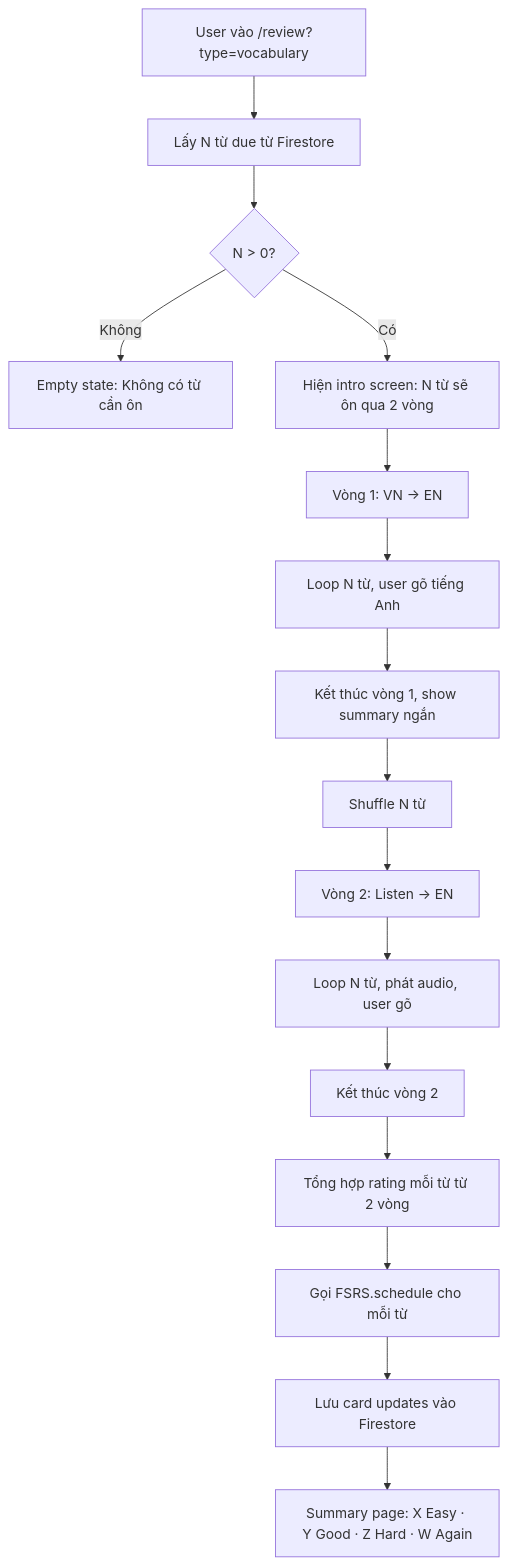
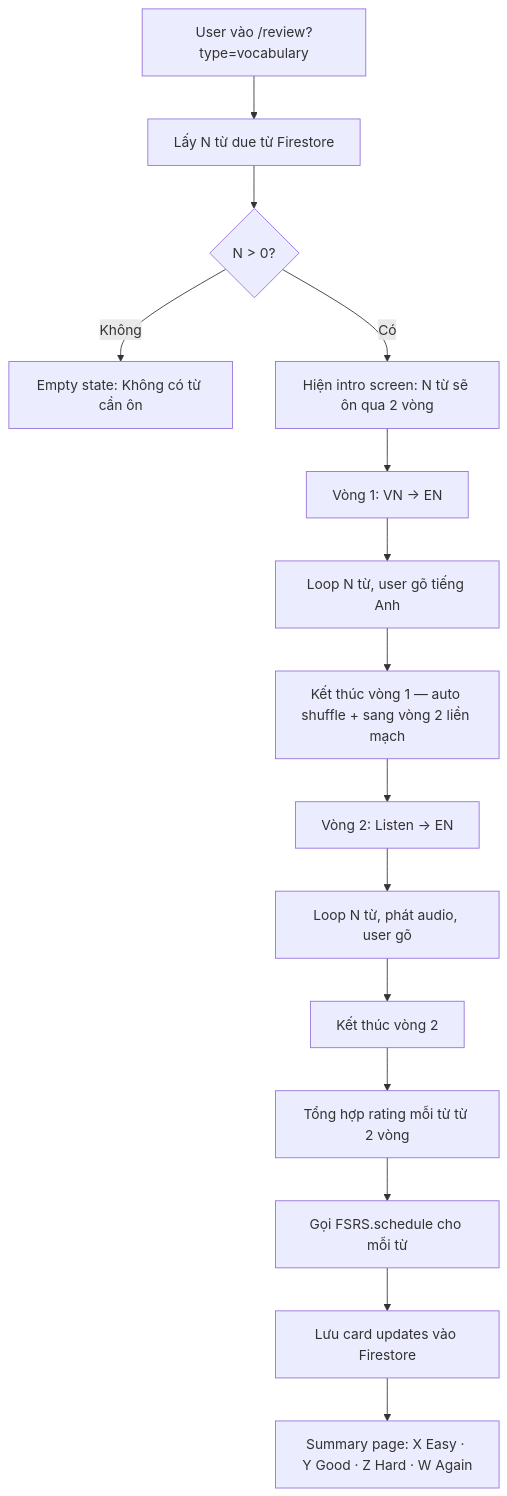
One commit to huyhuynh03/CSBU109_Final_project changed the diagram in plans/review-mode-design.md. Above: the diagram before and after it, drawn with Mermaid. The commit also changed other lines of this file and 3 other files, not shown here.

Commit message:
ux(review): chuyen thang vong 1 sang vong 2 khong qua man summary

````diff
--- a/plans/review-mode-design.md
+++ b/plans/review-mode-design.md
@@ -19,18 +19,17 @@
 ```mermaid
 flowchart TD
     A[User vào /review?type=vocabulary] --> B[Lấy N từ due từ Firestore]
     B --> C{N > 0?}
     C -->|Không| D[Empty state: Không có từ cần ôn]
     C -->|Có| E[Hiện intro screen: N từ sẽ ôn qua 2 vòng]
     E --> F[Vòng 1: VN → EN]
     F --> G[Loop N từ, user gõ tiếng Anh]
-    G --> H[Kết thúc vòng 1, show summary ngắn]
-    H --> I[Shuffle N từ]
-    I --> J[Vòng 2: Listen → EN]
+    G --> H[Kết thúc vòng 1 — auto shuffle + sang vòng 2 liền mạch]
+    H --> J[Vòng 2: Listen → EN]
     J --> K[Loop N từ, phát audio, user gõ]
     K --> L[Kết thúc vòng 2]
     L --> M[Tổng hợp rating mỗi từ từ 2 vòng]
     M --> N[Gọi FSRS.schedule cho mỗi từ]
     N --> O[Lưu card updates vào Firestore]
     O --> P[Summary page: X Easy · Y Good · Z Hard · W Again]
 ```
````
